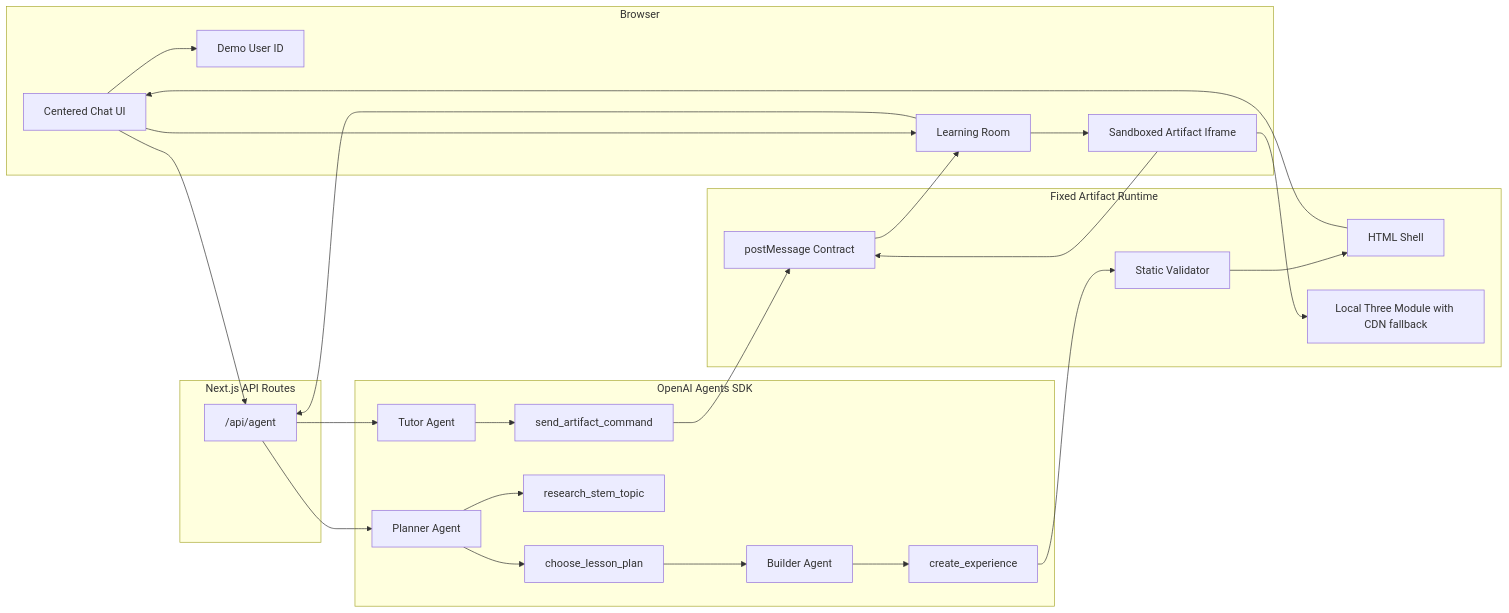
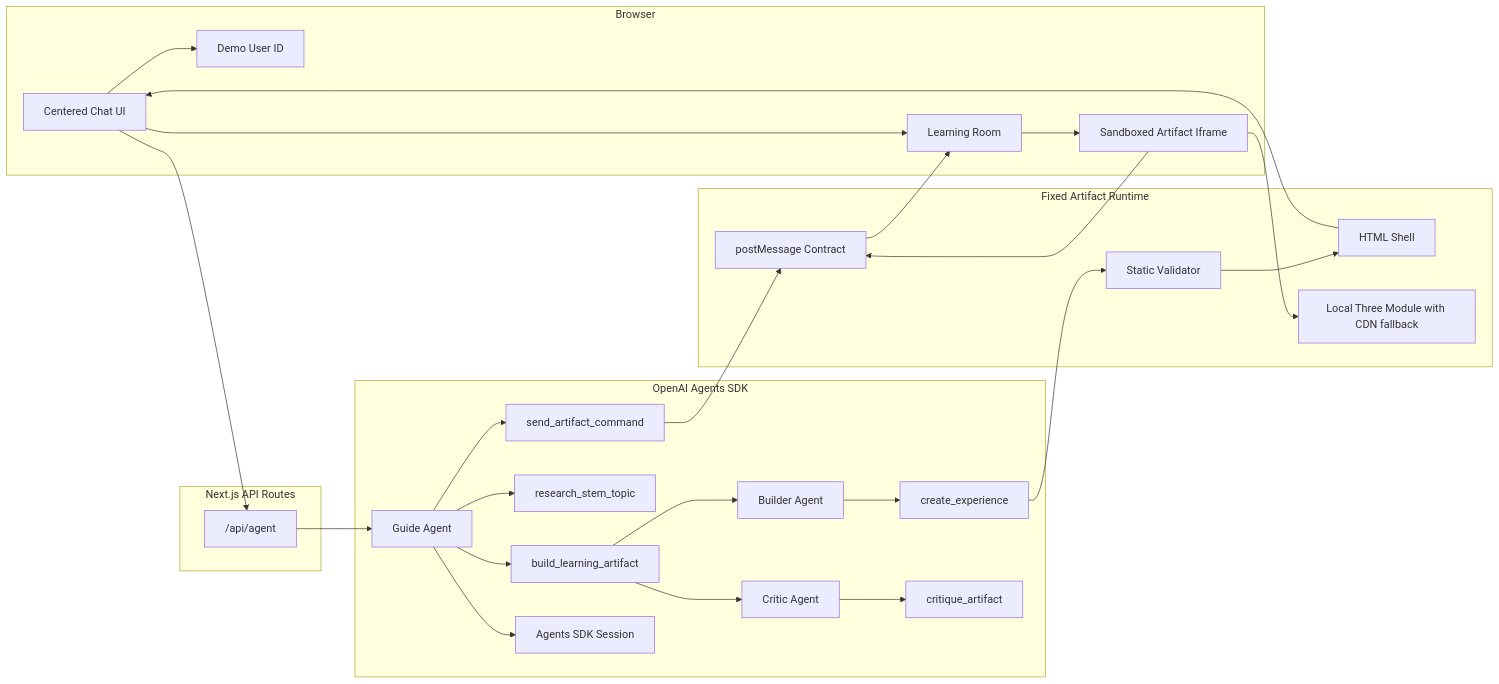
The second of 2 diagrams in docs/parallax-architecture.md (S-W-Leong/parallax), drawn with Mermaid before and after one commit. The commit also changed other lines of this file and 13 other files, not shown here.

Commit message:
Unify agent routing under guide sessions

````diff
--- a/docs/parallax-architecture.md
+++ b/docs/parallax-architecture.md
@@ -68,50 +70,53 @@
 ```mermaid
 flowchart LR
   subgraph Browser
     Chat[Centered Chat UI]
     Room[Learning Room]
     Frame[Sandboxed Artifact Iframe]
     Store[Demo User ID]
   end
 
   subgraph NextRoutes[Next.js API Routes]
     AgentAPI["/api/agent"]
   end
 
   subgraph Agents[OpenAI Agents SDK]
-    Planner[Planner Agent]
+    Guide[Guide Agent]
     Builder[Builder Agent]
-    Tutor[Tutor Agent]
-    PlanTool[choose_lesson_plan]
+    Critic[Critic Agent]
+    BuildTool[build_learning_artifact]
     CreateTool[create_experience]
+    CritiqueTool[critique_artifact]
     ResearchTool[research_stem_topic]
     CommandTool[send_artifact_command]
+    SDKSession[Agents SDK Session]
   end
 
   subgraph ArtifactRuntime[Fixed Artifact Runtime]
     Template[HTML Shell]
     Validator[Static Validator]
     Three[Local Three Module with CDN fallback]
     Bridge[postMessage Contract]
   end
 
   Chat --> AgentAPI
   Chat --> Store
-  AgentAPI --> Planner
-  Planner --> ResearchTool
-  Planner --> PlanTool
-  PlanTool --> Builder
+  AgentAPI --> Guide
+  Guide --> SDKSession
+  Guide --> ResearchTool
+  Guide --> CommandTool
+  Guide --> BuildTool
+  BuildTool --> Builder
   Builder --> CreateTool
+  BuildTool --> Critic
+  Critic --> CritiqueTool
   CreateTool --> Validator
   Validator --> Template
   Template --> Chat
   Chat --> Room
   Room --> Frame
   Frame --> Three
   Frame --> Bridge
   Bridge --> Room
-  Room --> AgentAPI
-  AgentAPI --> Tutor
-  Tutor --> CommandTool
   CommandTool --> Bridge
 ```
````
